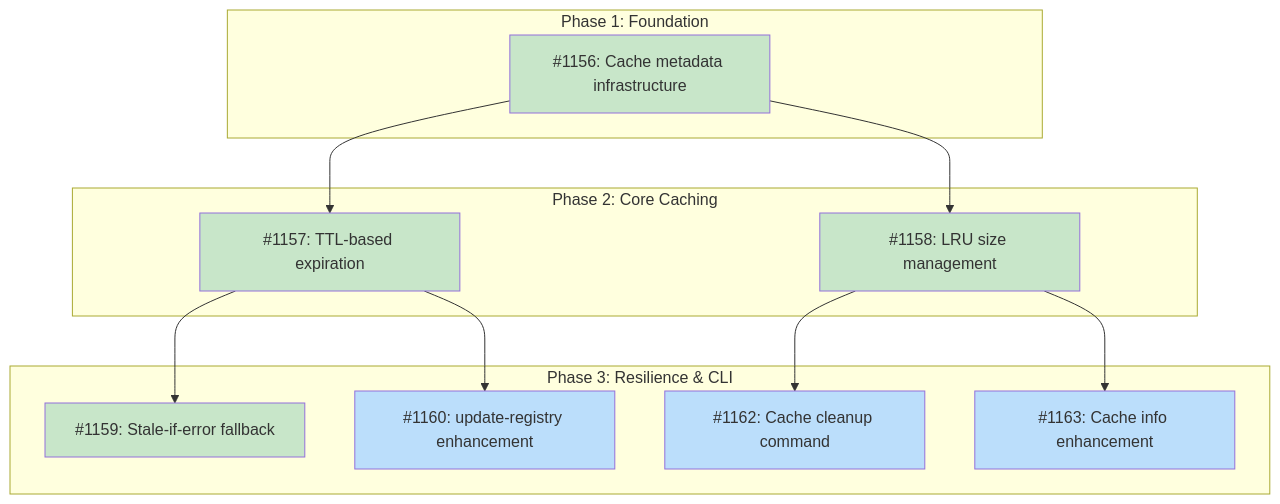
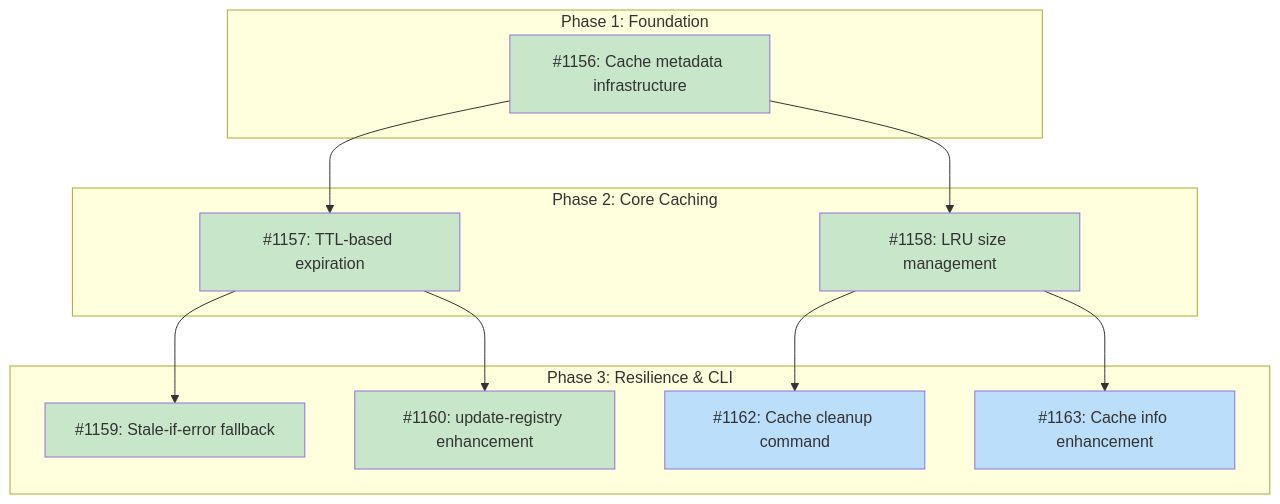
The diagram in docs/designs/DESIGN-registry-cache-policy.md (tsukumogami/tsuku), drawn with Mermaid before and after one commit. The commit also changed other lines of this file and 3 other files, not shown here.

````diff
--- a/docs/designs/DESIGN-registry-cache-policy.md
+++ b/docs/designs/DESIGN-registry-cache-policy.md
@@ -30,33 +30,33 @@
 ```mermaid
 graph TD
     subgraph Phase1["Phase 1: Foundation"]
         I1156["#1156: Cache metadata infrastructure"]
     end
 
     subgraph Phase2["Phase 2: Core Caching"]
         I1157["#1157: TTL-based expiration"]
         I1158["#1158: LRU size management"]
     end
 
     subgraph Phase3["Phase 3: Resilience & CLI"]
         I1159["#1159: Stale-if-error fallback"]
         I1160["#1160: update-registry enhancement"]
         I1162["#1162: Cache cleanup command"]
         I1163["#1163: Cache info enhancement"]
     end
 
     I1156 --> I1157
     I1156 --> I1158
     I1157 --> I1159
     I1157 --> I1160
     I1158 --> I1162
     I1158 --> I1163
 
     classDef done fill:#c8e6c9
     classDef ready fill:#bbdefb
     classDef blocked fill:#fff9c4
     classDef needsDesign fill:#e1bee7
 
-    class I1156,I1157,I1158,I1159 done
-    class I1160,I1162,I1163 ready
+    class I1156,I1157,I1158,I1159,I1160 done
+    class I1162,I1163 ready
 ```
````
